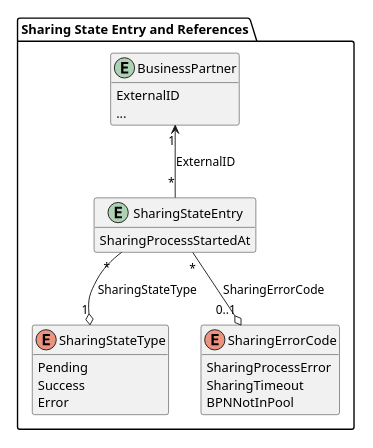
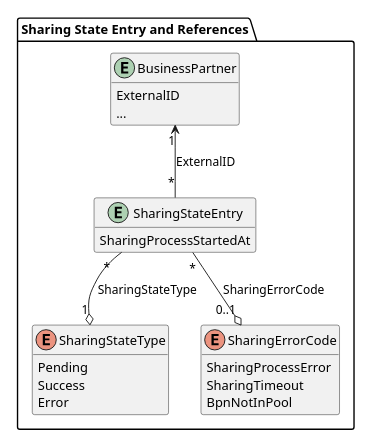
One commit to catenax-eV/catenax-ev.github.io changed the diagram in docs/standards/CX-0074-BusinessPartnerGateAPI/assets/diagrams/class/sharing-state-entry.puml. Above: the diagram before and after it, drawn with PlantUML. The commit also changed 175 other files, not shown here.

```diff
--- a/docs/standards/CX-0074-BusinessPartnerGateAPI/assets/diagrams/class/sharing-state-entry.puml
+++ b/docs/standards/CX-0074-BusinessPartnerGateAPI/assets/diagrams/class/sharing-state-entry.puml
@@ -1,34 +1,34 @@
 @startuml sharing-state-entry
 
 skinparam dpi 50
 
 package "Sharing State Entry and References" {
   entity BusinessPartner {
     ExternalID
     ...
   }
   
   entity SharingStateEntry {
     SharingProcessStartedAt
   }
 
   enum SharingStateType {
     Pending
     Success
     Error
   }
 
   enum SharingErrorCode {
     SharingProcessError
     SharingTimeout
-    BPNNotInPool
+    BpnNotInPool
   }
 
   SharingStateEntry "*" -u-> "1" BusinessPartner : ExternalID
 
   SharingStateEntry "*" -d-o "1" SharingStateType : SharingStateType
   SharingStateEntry "*" -d-o "0..1" SharingErrorCode : SharingErrorCode
 }
 
 hide methods
 @enduml
```
